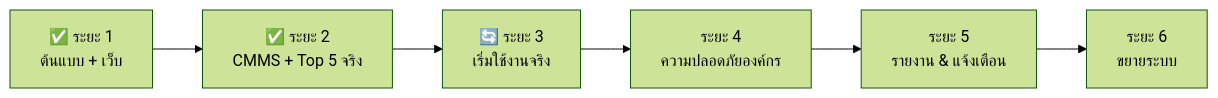
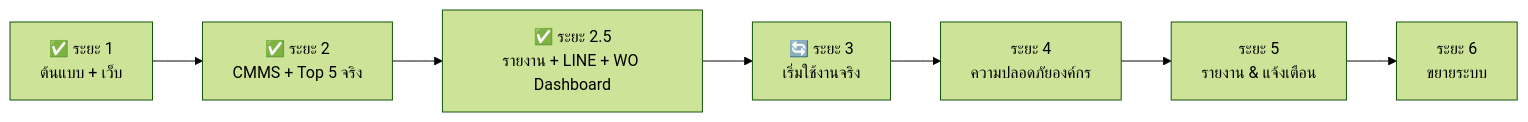
Before and after one commit to piyamonw0423-glitch/P1-CRITICAL-TOP5-MAINTENANCE-PP561011-: the third of 3 diagrams in docs/SYSTEM.md, drawn with Mermaid (forest theme). The commit also changed other lines of this file and 1 other file, not shown here.

First line of the commit message:
Docs: system doc, work log, roadmap and status up to 5 Oct; README features

````diff
--- a/docs/SYSTEM.md
+++ b/docs/SYSTEM.md
@@ -429,4 +436,4 @@
 ```mermaid
 flowchart LR
-  A["✅ ระยะ 1<br/>ต้นแบบ + เว็บ"] --> B["✅ ระยะ 2<br/>CMMS + Top 5 จริง"] --> C["🔄 ระยะ 3<br/>เริ่มใช้งานจริง"] --> D["ระยะ 4<br/>ความปลอดภัยองค์กร"] --> E["ระยะ 5<br/>รายงาน & แจ้งเตือน"] --> F["ระยะ 6<br/>ขยายระบบ"]
+  A["✅ ระยะ 1<br/>ต้นแบบ + เว็บ"] --> B["✅ ระยะ 2<br/>CMMS + Top 5 จริง"] --> B2["✅ ระยะ 2.5<br/>รายงาน + LINE + WO Dashboard"] --> C["🔄 ระยะ 3<br/>เริ่มใช้งานจริง"] --> D["ระยะ 4<br/>ความปลอดภัยองค์กร"] --> E["ระยะ 5<br/>รายงาน & แจ้งเตือน"] --> F["ระยะ 6<br/>ขยายระบบ"]
 ```
````
